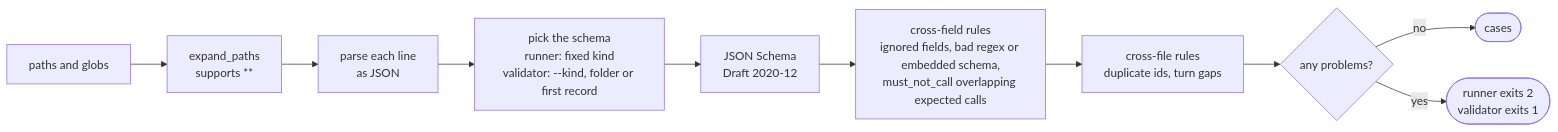
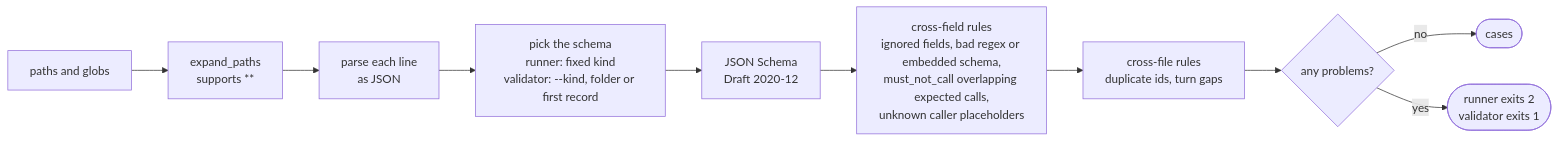
One commit to bradrlaw/foundryToolboxEval changed the fourth of 17 diagrams in docs/architecture.md. Above: the diagram before and after it, drawn with Mermaid. The commit also changed other lines of this file and 36 other files, not shown here.

````diff
--- a/docs/architecture.md
+++ b/docs/architecture.md
@@ -200,12 +213,12 @@
 ```mermaid
 flowchart LR
     paths["paths and globs"] --> expand["expand_paths<br/>supports **"]
     expand --> read["parse each line<br/>as JSON"]
     read --> kind["pick the schema<br/>runner: fixed kind<br/>validator: --kind, folder or first record"]
     kind --> schema["JSON Schema<br/>Draft 2020-12"]
-    schema --> rules["cross-field rules<br/>ignored fields, bad regex or embedded schema,<br/>must_not_call overlapping expected calls"]
+    schema --> rules["cross-field rules<br/>ignored fields, bad regex or embedded schema,<br/>must_not_call overlapping expected calls,<br/>unknown caller placeholders"]
     rules --> files["cross-file rules<br/>duplicate ids, turn gaps"]
     files --> ok{"any problems?"}
     ok -->|"no"| cases(["cases"])
     ok -->|"yes"| stop(["runner exits 2<br/>validator exits 1"])
 ```
````
